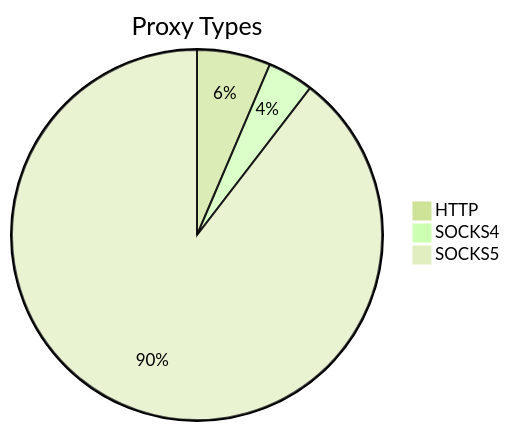
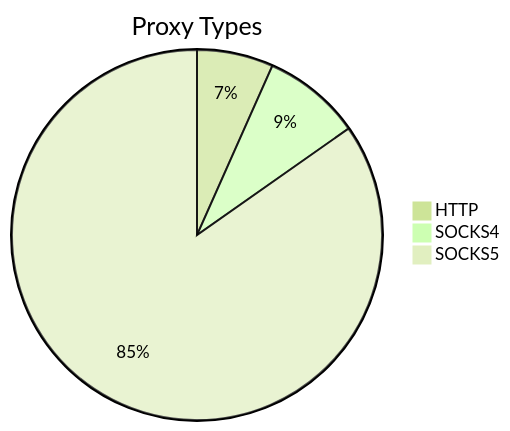
The first of 2 diagrams in README.md (stormsia/proxy-list), drawn with Mermaid (forest theme) before and after one commit. The commit also changed other lines of this file, not shown here.

````diff
--- a/README.md
+++ b/README.md
@@ -21,6 +21,6 @@
 ```mermaid
 pie title Proxy Types
-    "HTTP" : 48
-    "SOCKS4" : 30
-    "SOCKS5" : 669
+    "HTTP" : 59
+    "SOCKS4" : 76
+    "SOCKS5" : 750
 ```
````
